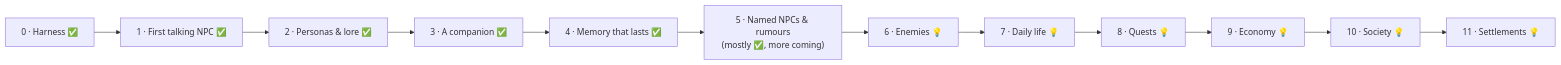
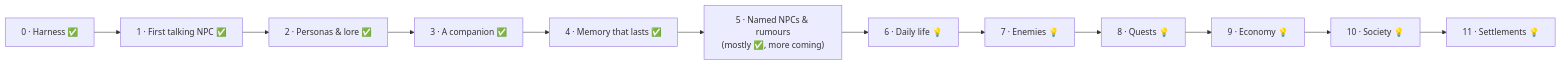
The diagram in avallone-docs/ROADMAP.md (Deny2461/avallone-shard), drawn with Mermaid before and after one commit.

Commit message:
Roadmap: phase 6 is daily life, phase 7 is enemies
The diagram now matches the phase list.

````diff
--- a/avallone-docs/ROADMAP.md
+++ b/avallone-docs/ROADMAP.md
@@ -9,7 +9,7 @@
 ```mermaid
 flowchart LR
     P0["0 · Harness ✅"] --> P1["1 · First talking NPC ✅"] --> P2["2 · Personas & lore ✅"] --> P3["3 · A companion ✅"]
     P3 --> P4["4 · Memory that lasts ✅"] --> P5["5 · Named NPCs & rumours<br/>(mostly ✅, more coming)"]
-    P5 --> P6["6 · Enemies 💡"] --> P7["7 · Daily life 💡"] --> P8["8 · Quests 💡"]
+    P5 --> P6["6 · Daily life 💡"] --> P7["7 · Enemies 💡"] --> P8["8 · Quests 💡"]
     P8 --> P9["9 · Economy 💡"] --> P10["10 · Society 💡"] --> P11["11 · Settlements 💡"]
 ```
````
